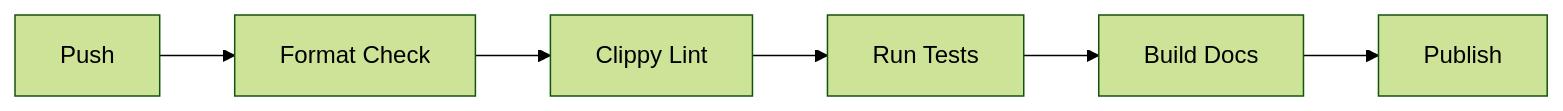
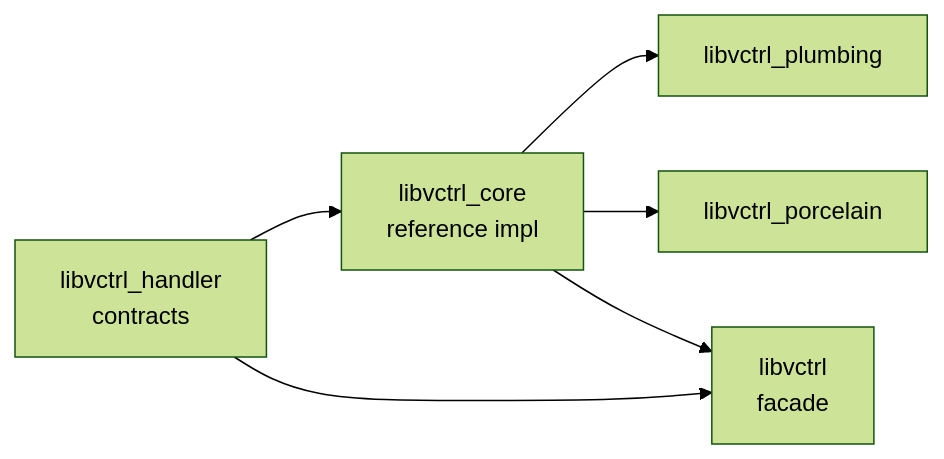
Before and after one commit to mroczect/libvctrl: the third of 3 diagrams in libvctrl/README.md, drawn with Mermaid (forest theme). The commit also changed other lines of this file and 9 other files, not shown here.

````diff
--- a/libvctrl/README.md
+++ b/libvctrl/README.md
@@ -500,8 +454,8 @@
 ```mermaid
-graph LR
-    A[Push] --> B[Format Check]
-    B --> C[Clippy Lint]
-    C --> D[Run Tests]
-    D --> E[Build Docs]
-    E --> F[Publish]
+flowchart LR
+    H[libvctrl_handler<br/>contracts] --> C[libvctrl_core<br/>reference impl]
+    C --> PL[libvctrl_plumbing]
+    C --> PO[libvctrl_porcelain]
+    H --> F[libvctrl<br/>facade]
+    C --> F
 ```
````
